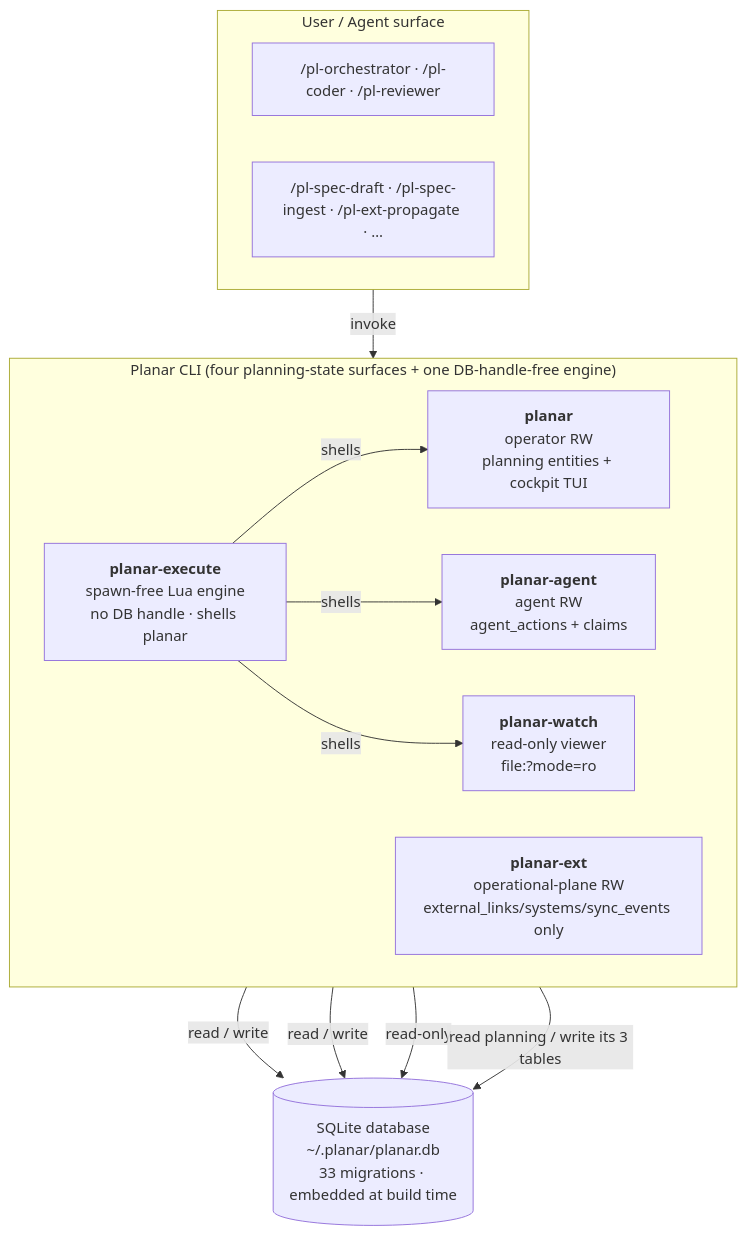
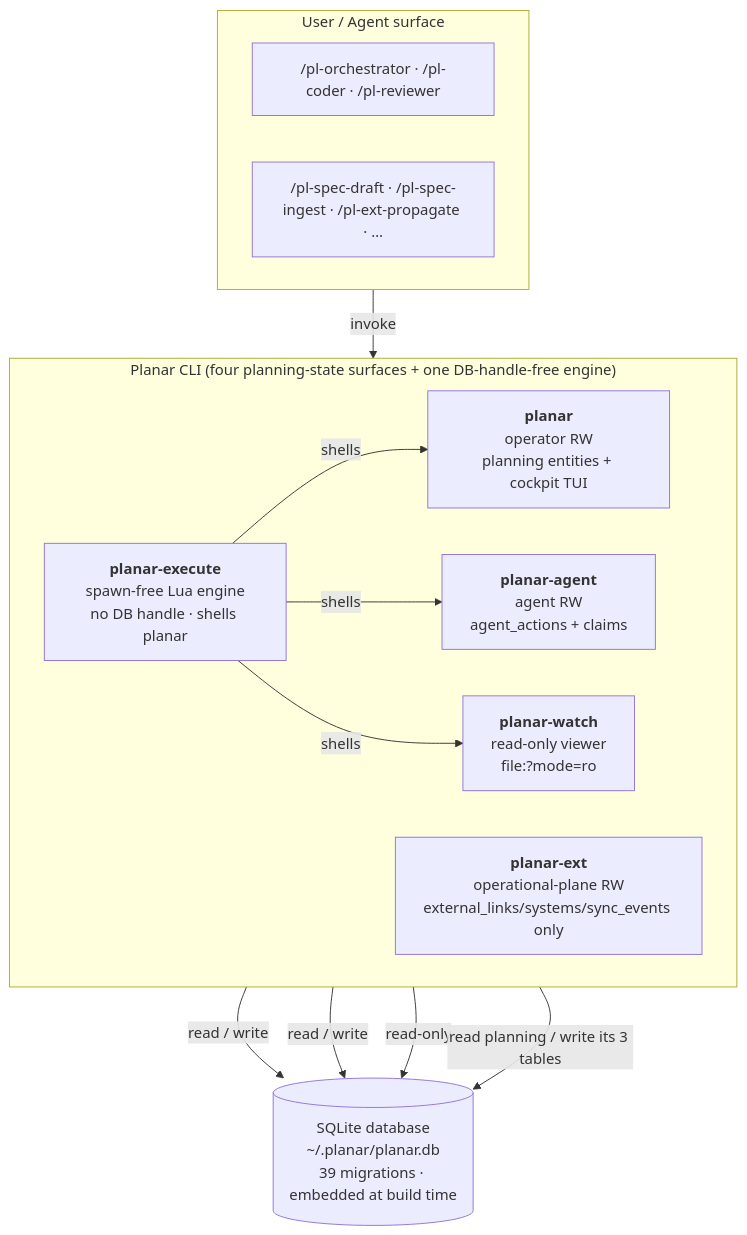
Before and after one commit to rdrsss/planar: the first of 2 diagrams in docs/architecture.md, drawn with Mermaid. The commit also changed other lines of this file and 62 other files, not shown here.

````diff
--- a/docs/architecture.md
+++ b/docs/architecture.md
@@ -11,28 +11,28 @@
 ```mermaid
 flowchart TD
     subgraph Surface["User / Agent surface"]
         direction LR
         S1["/pl-orchestrator · /pl-coder · /pl-reviewer"]
         S2["/pl-spec-draft · /pl-spec-ingest · /pl-ext-propagate · …"]
     end
 
     subgraph Binaries["Planar CLI (four planning-state surfaces + one DB-handle-free engine)"]
         direction LR
         B1["<b>planar</b><br/>operator RW<br/>planning entities + cockpit TUI"]
         B2["<b>planar-agent</b><br/>agent RW<br/>agent_actions + claims"]
         B3["<b>planar-watch</b><br/>read-only viewer<br/>file:?mode=ro"]
         B4["<b>planar-execute</b><br/>spawn-free Lua engine<br/>no DB handle · shells planar"]
         B5["<b>planar-ext</b><br/>operational-plane RW<br/>external_links/systems/sync_events only"]
     end
 
-    DB[("SQLite database<br/>~/.planar/planar.db<br/>33 migrations · embedded at build time")]
+    DB[("SQLite database<br/>~/.planar/planar.db<br/>39 migrations · embedded at build time")]
 
     Surface -->|invoke| Binaries
     B1 -->|read / write| DB
     B2 -->|read / write| DB
     B3 -->|read-only| DB
     B4 -->|shells| B1
     B4 -->|shells| B2
     B4 -->|shells| B3
     B5 -->|read planning / write its 3 tables| DB
 ```
````
